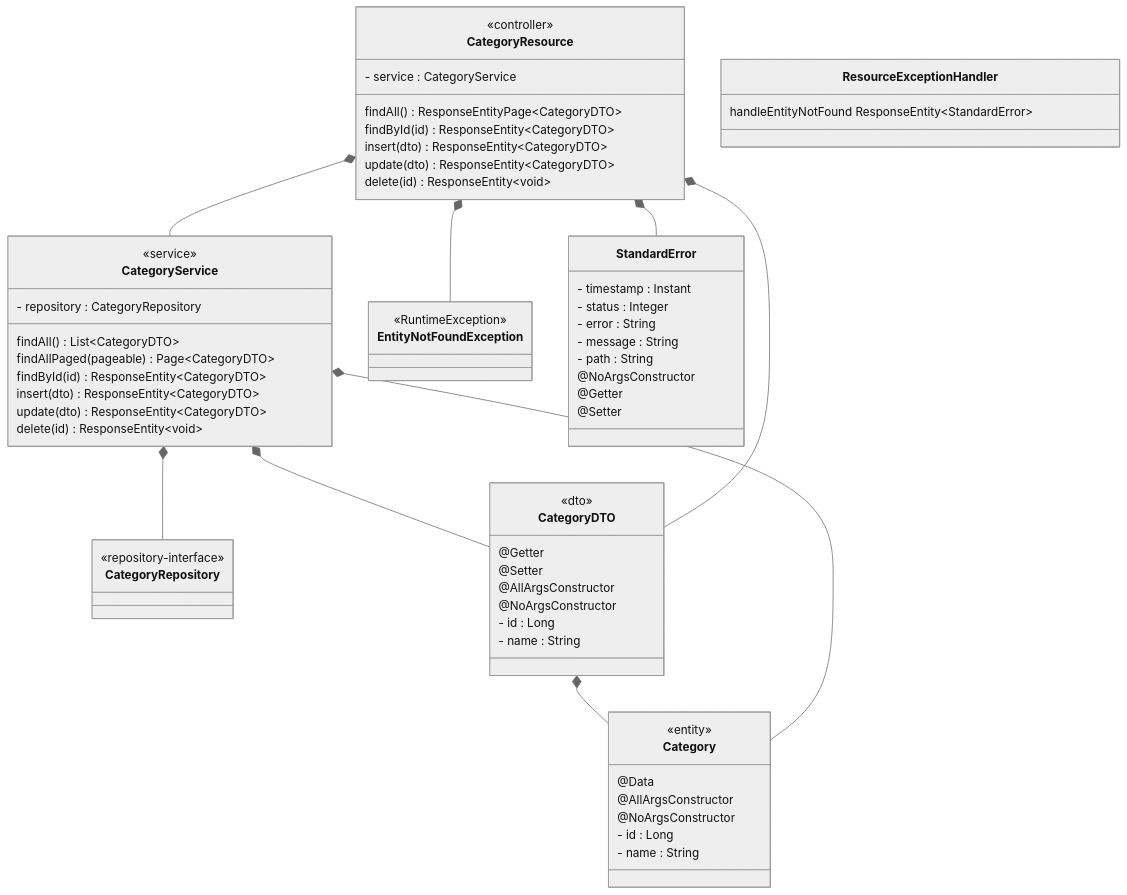
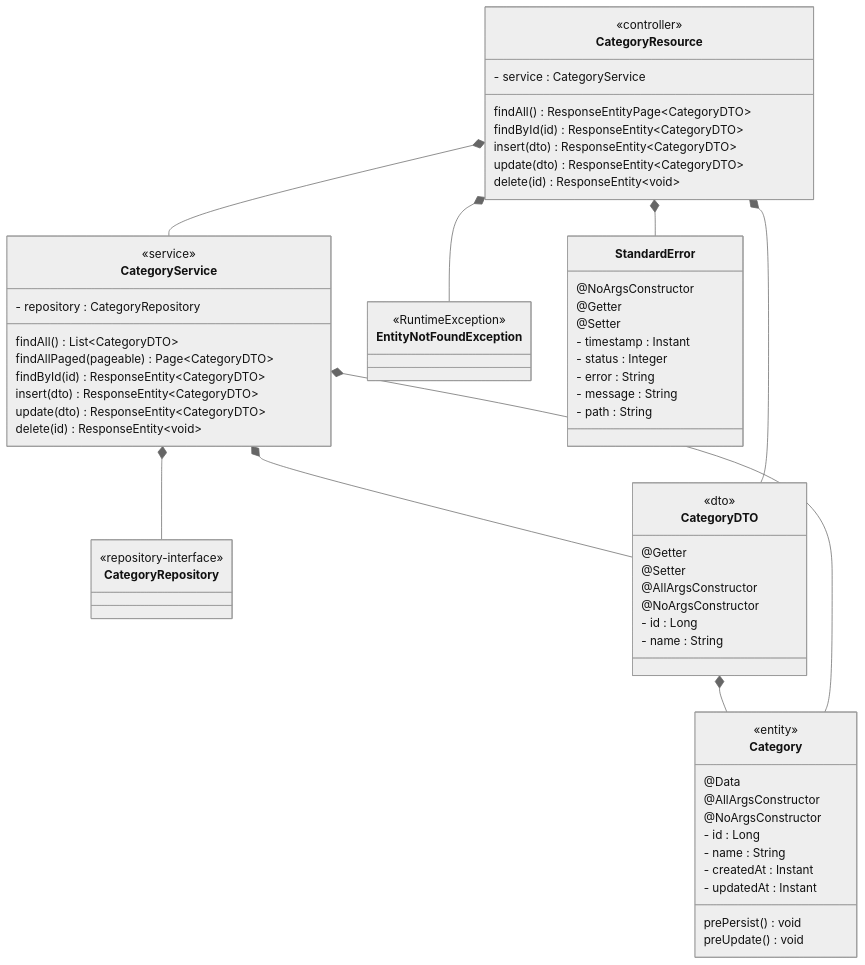
One commit to jocile/catalog changed the first of 2 diagrams in docs/diagrams/README.md. Above: the diagram before and after it, drawn with Mermaid (neutral theme). The commit also changed 2 other files, not shown here.

Commit message:
:sparkles: feat(entity): Auditing data Added creation and update date entries in Category

````diff
--- a/docs/diagrams/README.md
+++ b/docs/diagrams/README.md
@@ -5,67 +5,67 @@
 ```mermaid
 classDiagram
     class Category{
         <<entity>>
         @Data
         @AllArgsConstructor
         @NoArgsConstructor
         - id : Long
         - name : String
+        - createdAt : Instant
+        - updatedAt : Instant
+        prePersist() void
+        preUpdate() void
     }
     class CategoryRepository{
         <<repository-interface>>
     }
     class CategoryResource{
         <<controller>>
         - service : CategoryService
         findAll() ResponseEntityPage~CategoryDTO~
         findById(id) ResponseEntity~CategoryDTO~
         insert(dto) ResponseEntity~CategoryDTO~
         update(dto) ResponseEntity~CategoryDTO~
         delete(id) ResponseEntity~void~
     }
     class CategoryService{
         <<service>>
         - repository : CategoryRepository
         findAll() List~CategoryDTO~
         findAllPaged(pageable) Page~CategoryDTO~
         findById(id) ResponseEntity~CategoryDTO~
         insert(dto) ResponseEntity~CategoryDTO~
         update(dto) ResponseEntity~CategoryDTO~
         delete(id) ResponseEntity~void~
     }
     class CategoryDTO{
         <<dto>>
         @Getter
         @Setter
         @AllArgsConstructor
         @NoArgsConstructor
         - id : Long
         - name : String
     }
     class EntityNotFoundException{
       <<RuntimeException>>
     }
     class StandardError{
+      @NoArgsConstructor
+      @Getter
+      @Setter
       - timestamp : Instant
       - status : Integer
       - error : String
       - message : String
       - path : String
-      @NoArgsConstructor
-      @Getter
-      @Setter
-    }
-    class ResourceExceptionHandler {
-      handleEntityNotFound ResponseEntity~StandardError~
     }
     CategoryDTO *-- Category
     CategoryService *-- Category
     CategoryService *-- CategoryDTO
     CategoryService *-- CategoryRepository    
     CategoryResource *-- CategoryDTO
     CategoryResource *-- CategoryService
     CategoryResource *-- EntityNotFoundException
     CategoryResource *-- StandardError
-    
   ```
````
